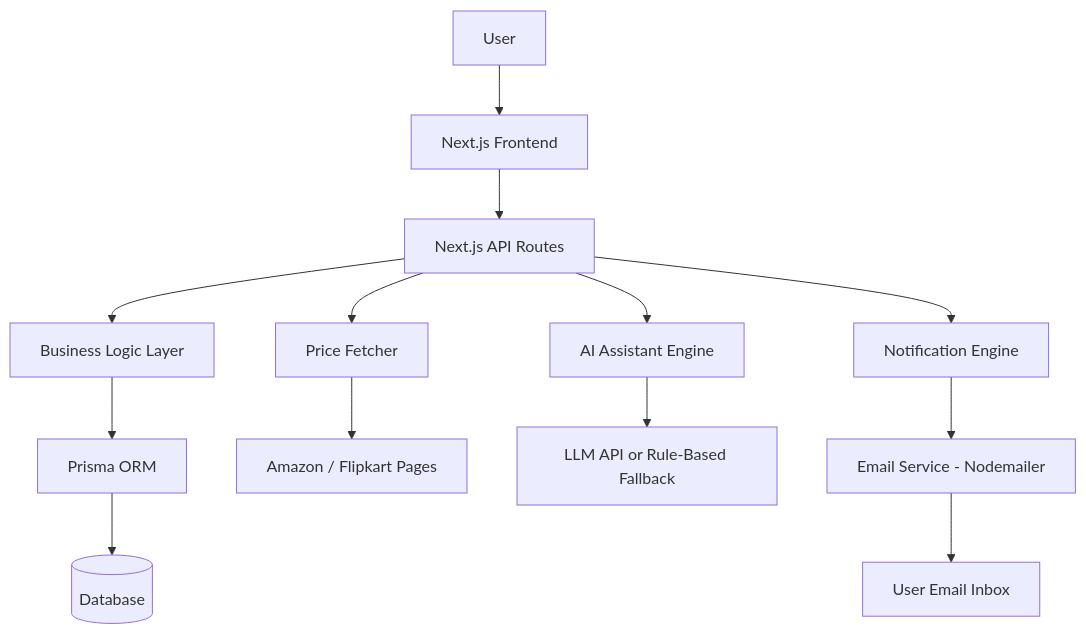
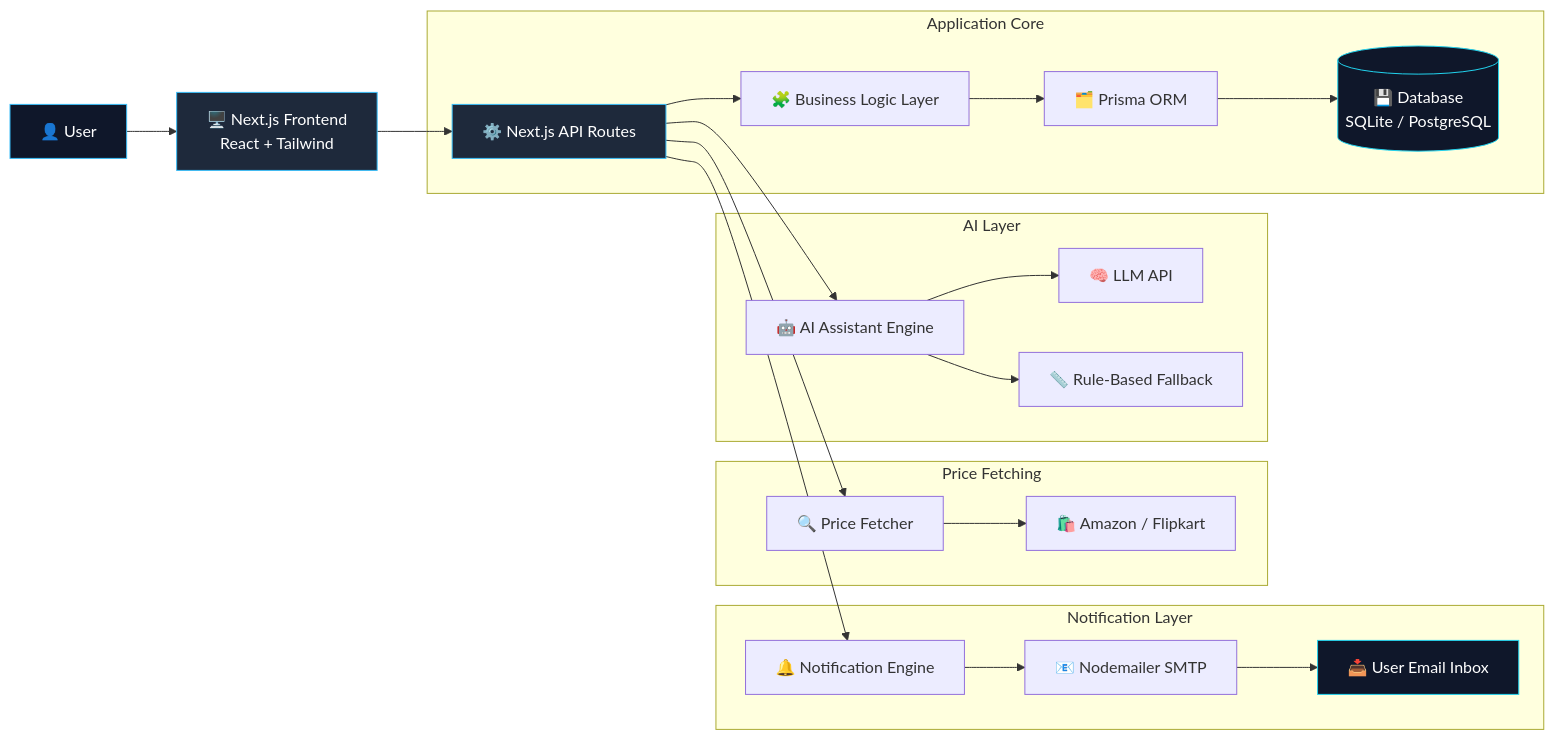
The first of 7 diagrams in README.md (Nithish-code17/pricelytix), drawn with Mermaid before and after one commit. The commit also changed other lines of this file, not shown here.

````diff
--- a/README.md
+++ b/README.md
@@ -204,19 +246,34 @@
 ```mermaid
-flowchart TD
-    A[User] --> B[Next.js Frontend]
-    B --> C[Next.js API Routes]
-    C --> D[Business Logic Layer]
-    D --> E[Prisma ORM]
-    E --> F[(Database)]
+flowchart LR
+    U["👤 User"] --> FE["🖥️ Next.js Frontend<br/>React + Tailwind"]
+    FE --> API["⚙️ Next.js API Routes"]
 
-    C --> G[Price Fetcher]
-    G --> H[Amazon / Flipkart Pages]
+    subgraph Core["Application Core"]
+        API --> BL["🧩 Business Logic Layer"]
+        BL --> ORM["🗂️ Prisma ORM"]
+        ORM --> DB[("💾 Database<br/>SQLite / PostgreSQL")]
+    end
 
-    C --> I[AI Assistant Engine]
-    I --> J[LLM API or Rule-Based Fallback]
+    subgraph Scraping["Price Fetching"]
+        API --> PF["🔍 Price Fetcher"]
+        PF --> STORE["🛍️ Amazon / Flipkart"]
+    end
 
-    C --> K[Notification Engine]
-    K --> L[Email Service - Nodemailer]
+    subgraph AI["AI Layer"]
+        API --> AIE["🤖 AI Assistant Engine"]
+        AIE --> LLM["🧠 LLM API"]
+        AIE --> FALL["📏 Rule-Based Fallback"]
+    end
 
-    L --> M[User Email Inbox]
+    subgraph Notify["Notification Layer"]
+        API --> NE["🔔 Notification Engine"]
+        NE --> MAIL["📧 Nodemailer SMTP"]
+        MAIL --> INBOX["📥 User Email Inbox"]
+    end
+
+    style U fill:#0f172a,stroke:#38bdf8,color:#fff
+    style FE fill:#1e293b,stroke:#38bdf8,color:#fff
+    style API fill:#1e293b,stroke:#38bdf8,color:#fff
+    style DB fill:#0f172a,stroke:#22d3ee,color:#fff
+    style INBOX fill:#0f172a,stroke:#22d3ee,color:#fff
 ```
````
